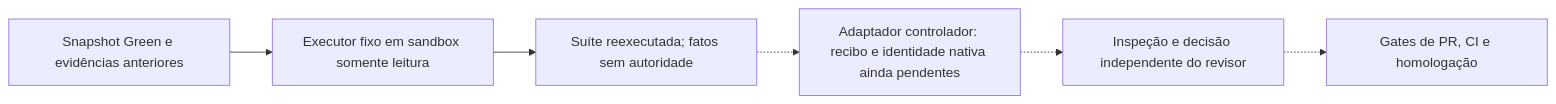
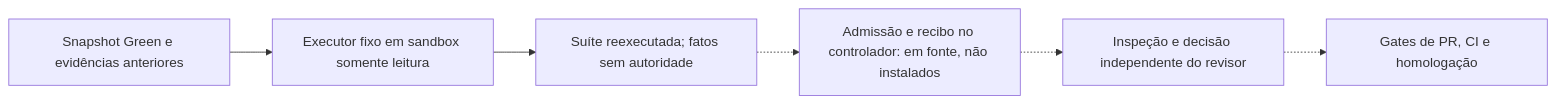
Before and after one commit to codifydeep/fabriquinha: the second of 2 diagrams in docs/ARCHITECTURE.md, drawn with Mermaid. The commit also changed other lines of this file and 23 other files, not shown here.

````diff
--- a/docs/ARCHITECTURE.md
+++ b/docs/ARCHITECTURE.md
@@ -153,8 +155,8 @@
 ```mermaid
 flowchart LR
     Q[Snapshot Green e evidências anteriores] --> J[Executor fixo em sandbox somente leitura]
     J --> F[Suíte reexecutada; fatos sem autoridade]
-    F -.-> C[Adaptador controlador: recibo e identidade nativa ainda pendentes]
+    F -.-> C[Admissão e recibo no controlador: em fonte, não instalados]
     C -.-> R[Inspeção e decisão independente do revisor]
     R -.-> P[Gates de PR, CI e homologação]
 ```
````
